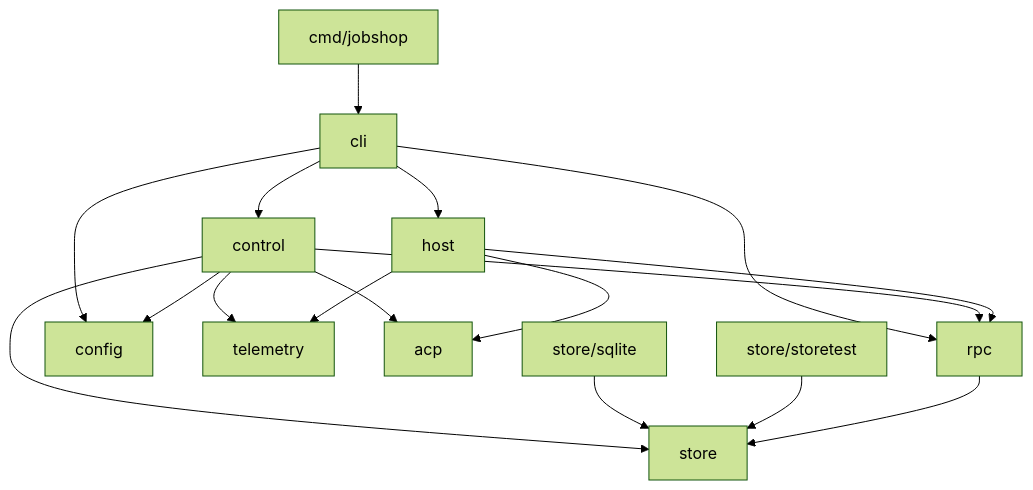
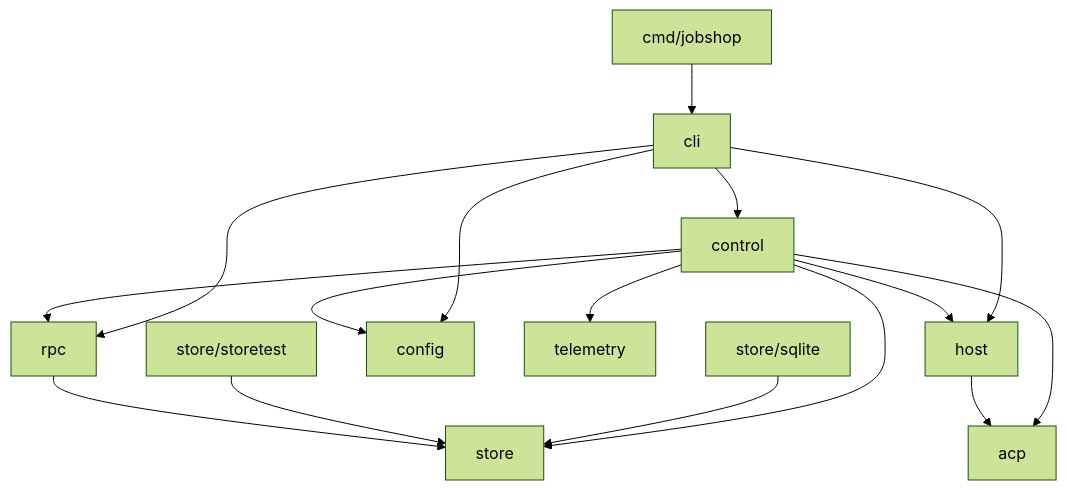
One commit to elee1766/jobshop changed the diagram in docs/layout.md. Above: the diagram before and after it, drawn with Mermaid (forest theme). The commit also changed other lines of this file and 3 other files, not shown here.

````diff
--- a/docs/layout.md
+++ b/docs/layout.md
@@ -57,11 +57,11 @@
 ```mermaid
 flowchart TD
   cmd[cmd/jobshop] --> cli
   cli --> control & host
   cli --> rpc & config
-  control --> store & rpc & config & telemetry & acp
-  host --> rpc & acp & telemetry
+  control --> store & rpc & config & telemetry & acp & host
+  host --> acp
   sqlite[store/sqlite] --> store
   storetest[store/storetest] --> store
   rpc --> store
 ```
````
